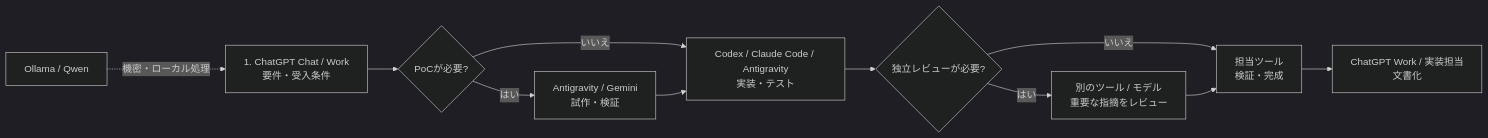
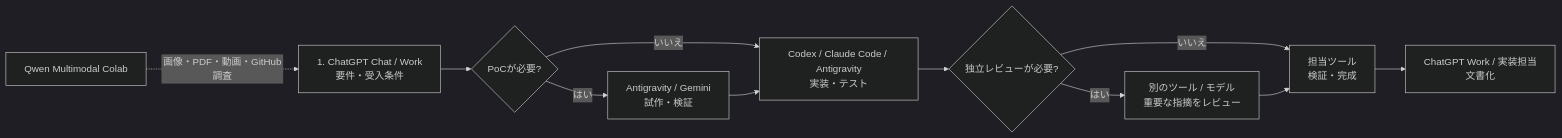
The diagram in README.md (moruku36/multi-ai-workflow), drawn with Mermaid (dark theme) before and after one commit. The commit also changed other lines of this file and 10 other files, not shown here.

First line of the commit message:
docs: replace local LLM workflow with Qwen Multimodal Colab

````diff
--- a/README.md
+++ b/README.md
@@ -41,14 +42,14 @@
 ```mermaid
 flowchart LR
     A["1. ChatGPT Chat / Work<br/>要件・受入条件"] --> B{"PoCが必要?"}
     B -->|はい| P["Antigravity / Gemini<br/>試作・検証"]
     B -->|いいえ| C["Codex / Claude Code / Antigravity<br/>実装・テスト"]
     P --> C
     C --> D{"独立レビューが必要?"}
     D -->|はい| R["別のツール / モデル<br/>重要な指摘をレビュー"]
     D -->|いいえ| E["担当ツール<br/>検証・完成"]
     R --> E
     E --> F["ChatGPT Work / 実装担当<br/>文書化"]
 
-    I["Ollama / Qwen"] -. "機密・ローカル処理" .-> A
+    I["Qwen Multimodal Colab"] -. "画像・PDF・動画・GitHub調査" .-> A
 ```
````
